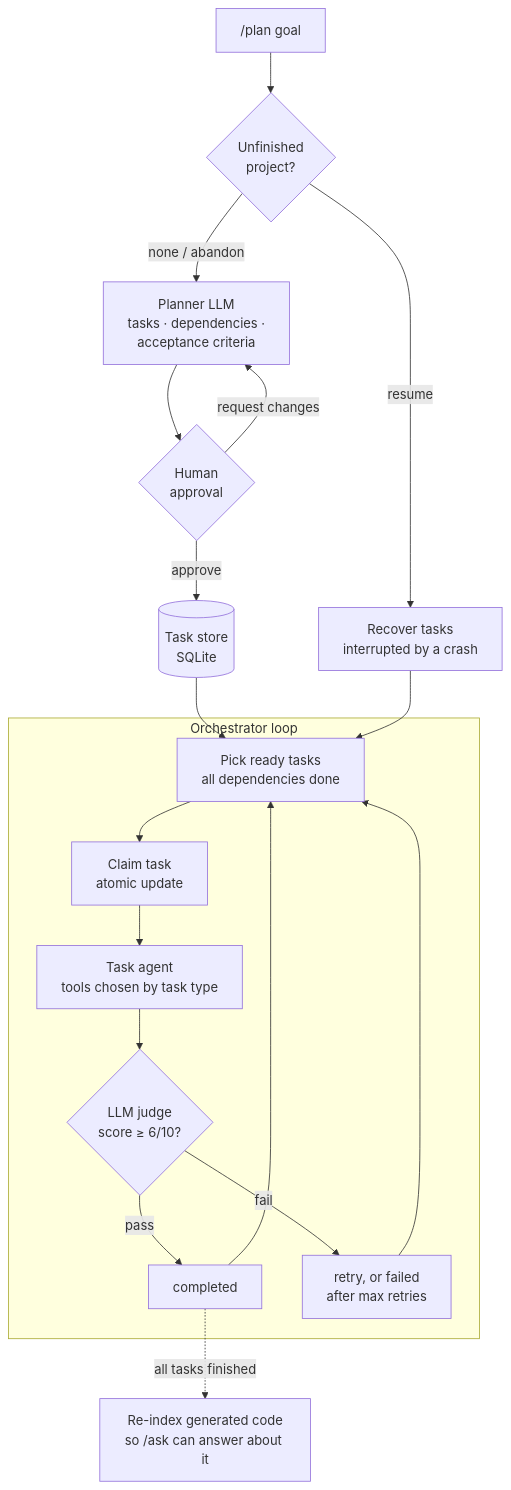
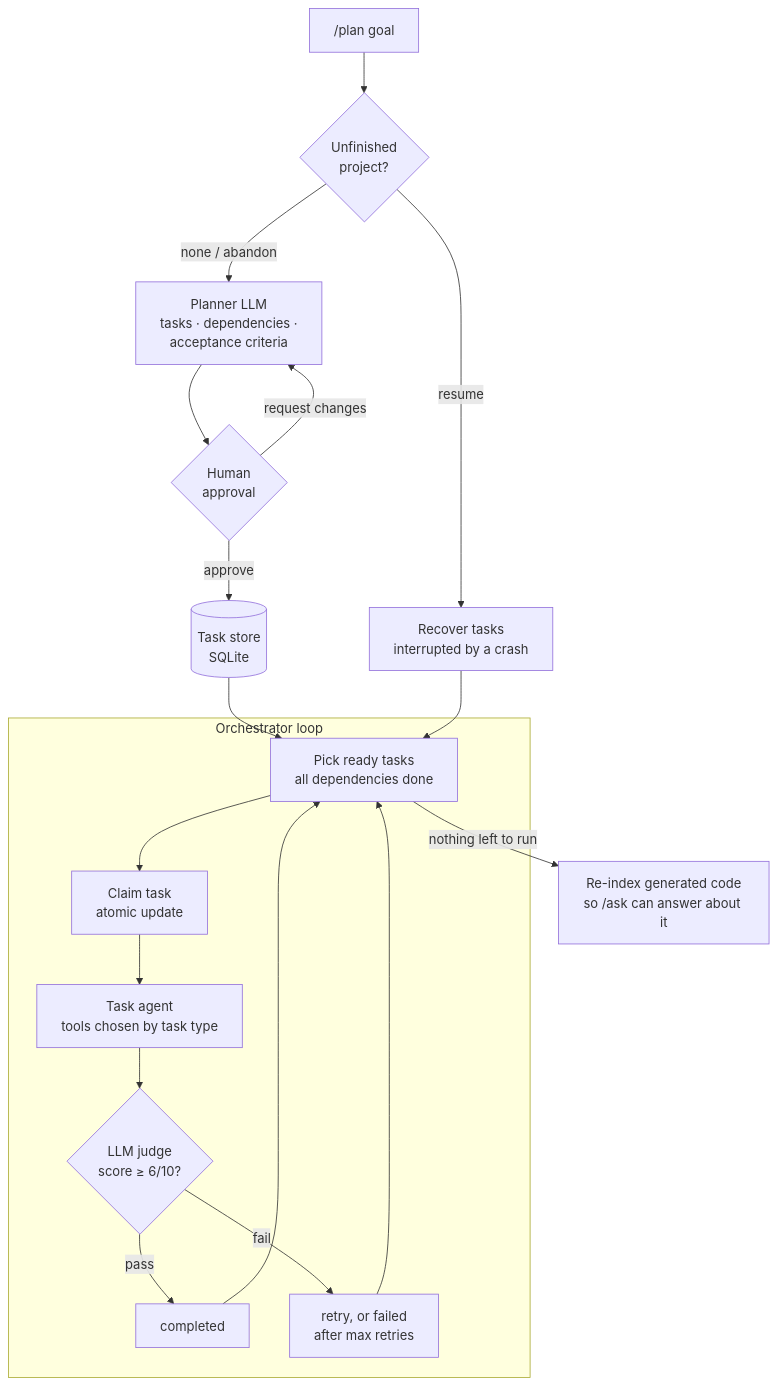
One commit to Parth-Babariya/RepoPilot changed the fifth of 8 diagrams in README.md. Above: the diagram before and after it, drawn with Mermaid. The commit also changed other lines of this file and 3 other files, not shown here.

First line of the commit message:
Move eval LLM judge into evaluation/judge.py; fix README architecture

````diff
--- a/README.md
+++ b/README.md
@@ -181,23 +194,23 @@
 ```mermaid
 flowchart TD
     goal["/plan goal"] --> exists{"Unfinished<br/>project?"}
     exists -- "resume" --> recover["Recover tasks<br/>interrupted by a crash"]
     exists -- "none / abandon" --> planner["Planner LLM<br/>tasks · dependencies ·<br/>acceptance criteria"]
     planner --> approve{"Human<br/>approval"}
     approve -- "request changes" --> planner
     approve -- "approve" --> store[("Task store<br/>SQLite")]
     store --> ready
     recover --> ready
 
     subgraph orchestrator["Orchestrator loop"]
         ready["Pick ready tasks<br/>all dependencies done"] --> claim["Claim task<br/>atomic update"]
         claim --> worker["Task agent<br/>tools chosen by task type"]
         worker --> judge{"LLM judge<br/>score ≥ 6/10?"}
         judge -- "pass" --> done["completed"]
         judge -- "fail" --> retry["retry, or failed<br/>after max retries"]
         retry --> ready
         done --> ready
     end
 
-    done -. "all tasks finished" .-> reindex["Re-index generated code<br/>so /ask can answer about it"]
+    ready -- "nothing left to run" --> reindex["Re-index generated code<br/>so /ask can answer about it"]
 ```
````
